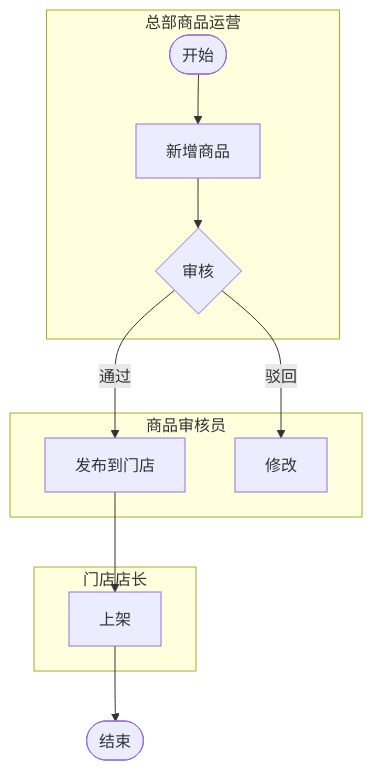
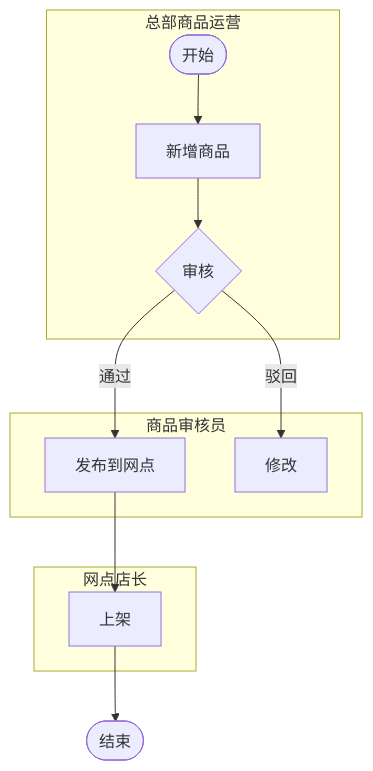
The first of 3 diagrams in skills/prd/_rules/prd-template-structure.mdc (stevenzhangmb-design/proenga), drawn with Mermaid before and after one commit. The commit also changed other lines of this file and 30 other files, not shown here.

````diff
--- a/skills/prd/_rules/prd-template-structure.mdc
+++ b/skills/prd/_rules/prd-template-structure.mdc
@@ -468,15 +468,15 @@
 ```mermaid
 flowchart TB
     subgraph 总部商品运营
         A([开始]) --> B[新增商品]
         B --> C{审核}
     end
     subgraph 商品审核员
-        C -->|通过| D[发布到门店]
+        C -->|通过| D[发布到网点]
         C -->|驳回| E[修改]
     end
-    subgraph 门店店长
+    subgraph 网点店长
         D --> F[上架]
     end
     F --> Z([结束])
 ```
````
